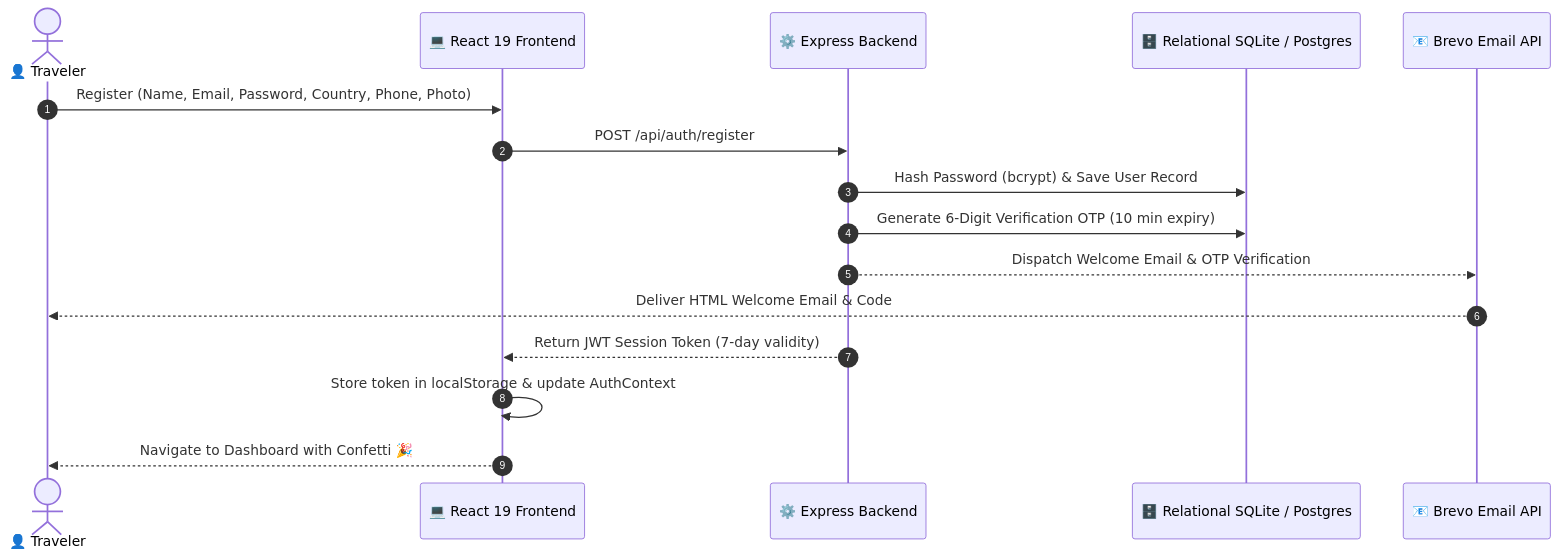
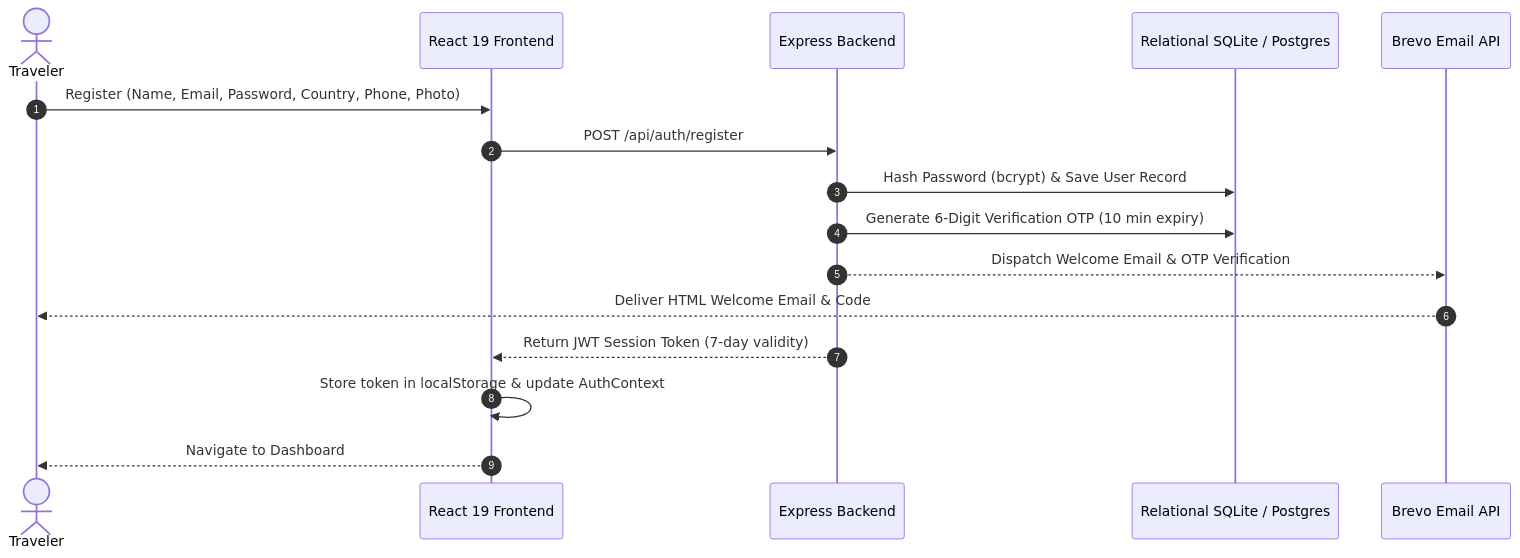
One commit to anandK-S/GlobeTrotter changed the third of 4 diagrams in README.md. Above: the diagram before and after it, drawn with Mermaid. The commit also changed other lines of this file and 14 other files, not shown here.

````diff
--- a/README.md
+++ b/README.md
@@ -145,19 +145,19 @@
 ```mermaid
 sequenceDiagram
     autonumber
-    actor Traveler as 👤 Traveler
-    participant Frontend as 💻 React 19 Frontend
-    participant Backend as ⚙️ Express Backend
-    participant DB as 🗄️ Relational SQLite / Postgres
-    participant Brevo as 📧 Brevo Email API
+    actor Traveler as Traveler
+    participant Frontend as React 19 Frontend
+    participant Backend as Express Backend
+    participant DB as Relational SQLite / Postgres
+    participant Brevo as Brevo Email API
 
     Traveler->>Frontend: Register (Name, Email, Password, Country, Phone, Photo)
     Frontend->>Backend: POST /api/auth/register
     Backend->>DB: Hash Password (bcrypt) & Save User Record
     Backend->>DB: Generate 6-Digit Verification OTP (10 min expiry)
     Backend-->>Brevo: Dispatch Welcome Email & OTP Verification
     Brevo-->>Traveler: Deliver HTML Welcome Email & Code
     Backend-->>Frontend: Return JWT Session Token (7-day validity)
     Frontend->>Frontend: Store token in localStorage & update AuthContext
-    Frontend-->>Traveler: Navigate to Dashboard with Confetti 🎉
+    Frontend-->>Traveler: Navigate to Dashboard
 ```
````
